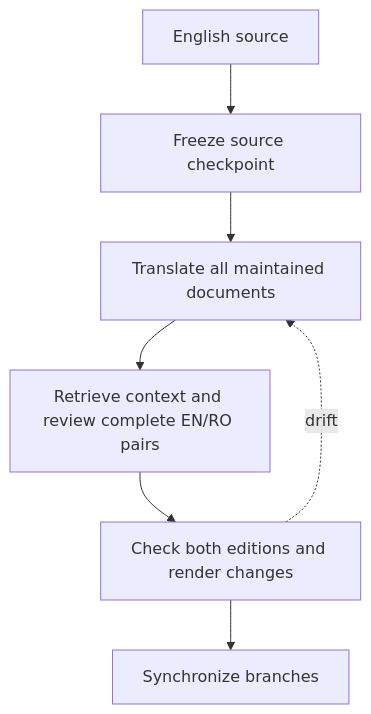
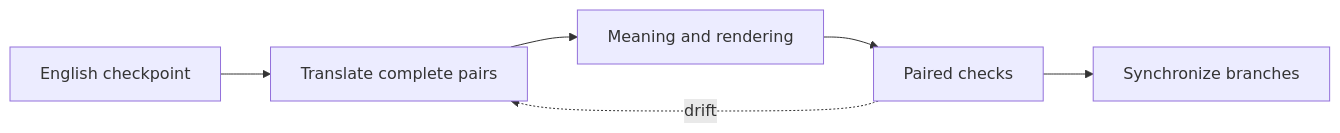
The diagram in docs/governance/Readme_Editions.md (crististefanita/ATF_AI), drawn with Mermaid before and after one commit. The commit also changed other lines of this file and 111 other files, not shown here.

````diff
--- a/docs/governance/Readme_Editions.md
+++ b/docs/governance/Readme_Editions.md
@@ -33,9 +33,8 @@
 ```mermaid
-flowchart TB
-    Main["English source"] --> Freeze["Freeze source checkpoint"]
-    Freeze --> Translate["Translate all maintained documents"]
-    Translate --> Review["Retrieve context and review complete EN/RO pairs"]
-    Review --> Check["Check both editions and render changes"]
+flowchart LR
+    Freeze["English checkpoint"] --> Translate["Translate complete pairs"]
+    Translate --> Review["Meaning and rendering"]
+    Review --> Check["Paired checks"]
     Check --> Publish["Synchronize branches"]
     Check -. drift .-> Translate
 ```
````
